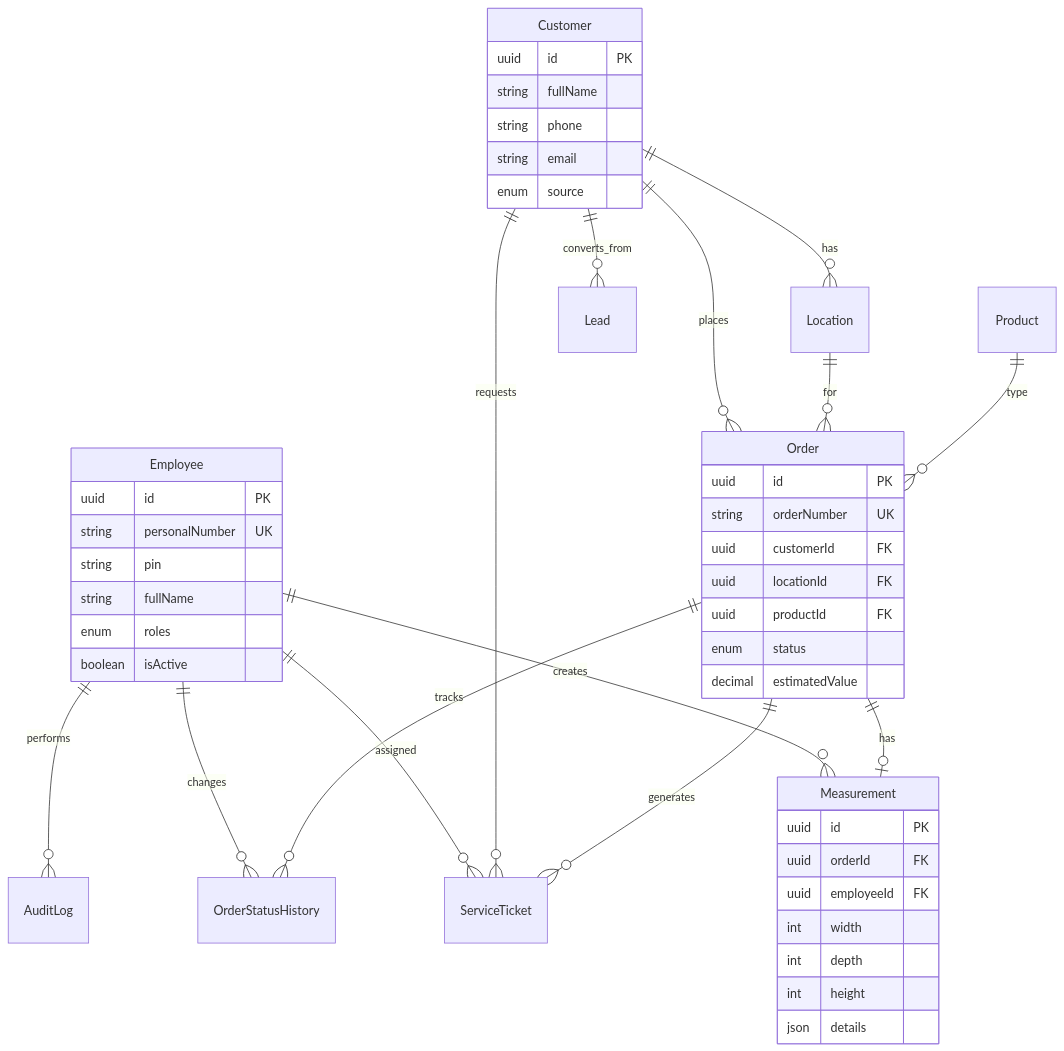
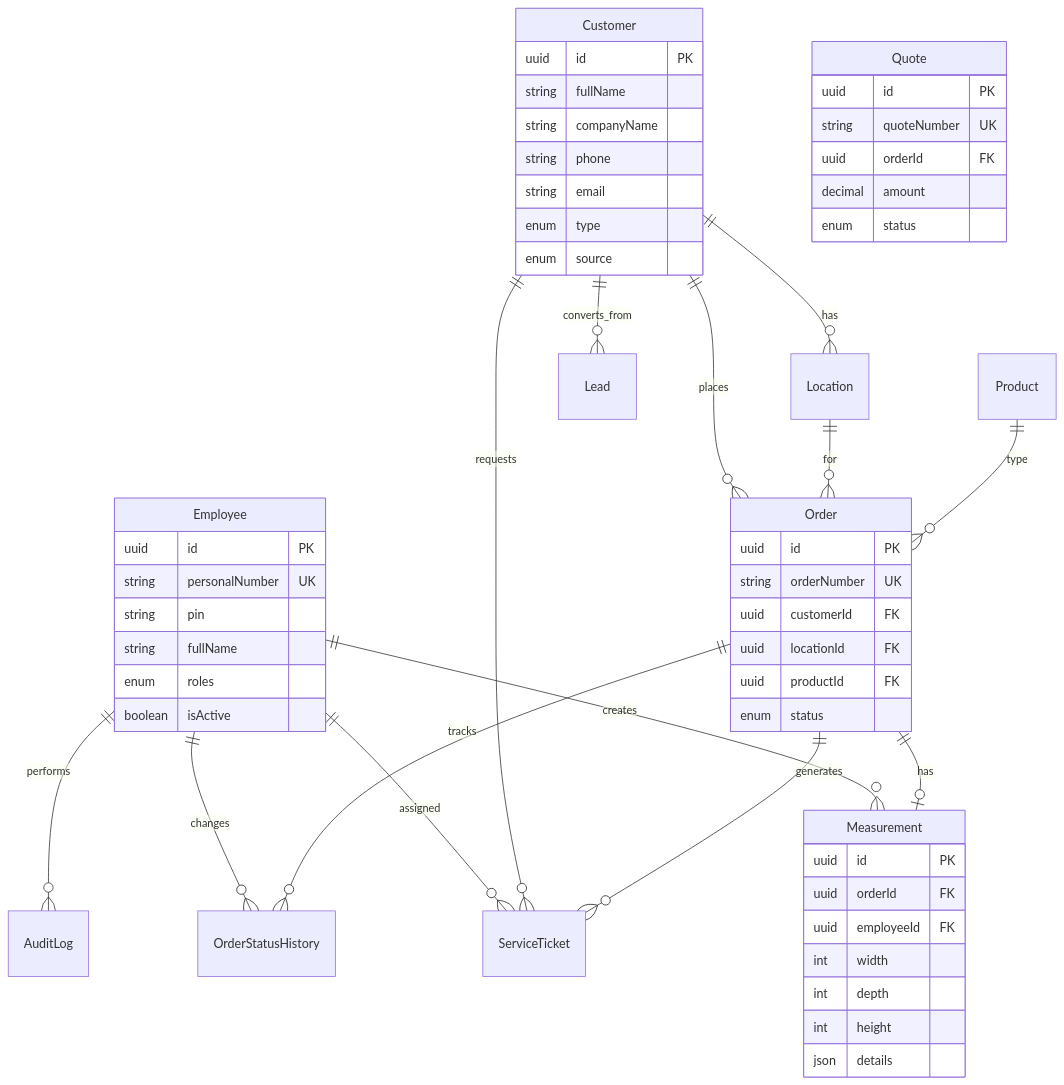
One commit to tomash-ascenta/FUTUROL-app-management changed the fourth of 8 diagrams in ARCHITECTURE.md. Above: the diagram before and after it, drawn with Mermaid. The commit also changed other lines of this file and 6 other files, not shown here.

````diff
--- a/ARCHITECTURE.md
+++ b/ARCHITECTURE.md
@@ -163,57 +163,66 @@
 ```mermaid
 erDiagram
     Employee ||--o{ Measurement : creates
     Employee ||--o{ ServiceTicket : assigned
     Employee ||--o{ AuditLog : performs
     Employee ||--o{ OrderStatusHistory : changes
     
     Customer ||--o{ Location : has
     Customer ||--o{ Order : places
     Customer ||--o{ Lead : converts_from
     Customer ||--o{ ServiceTicket : requests
     
     Location ||--o{ Order : for
     
     Product ||--o{ Order : type
     
     Order ||--o| Measurement : has
     Order ||--o{ ServiceTicket : generates
     Order ||--o{ OrderStatusHistory : tracks
     
     Employee {
         uuid id PK
         string personalNumber UK
         string pin
         string fullName
         enum roles
         boolean isActive
     }
     
     Customer {
         uuid id PK
         string fullName
+        string companyName
         string phone
         string email
+        enum type
         enum source
     }
     
     Order {
         uuid id PK
         string orderNumber UK
         uuid customerId FK
         uuid locationId FK
         uuid productId FK
         enum status
-        decimal estimatedValue
+    }
+    
+    Quote {
+        uuid id PK
+        string quoteNumber UK
+        uuid orderId FK
+        decimal amount
+        enum status
     }
     
     Measurement {
         uuid id PK
         uuid orderId FK
         uuid employeeId FK
         int width
         int depth
         int height
         json details
     }
 ```
````
